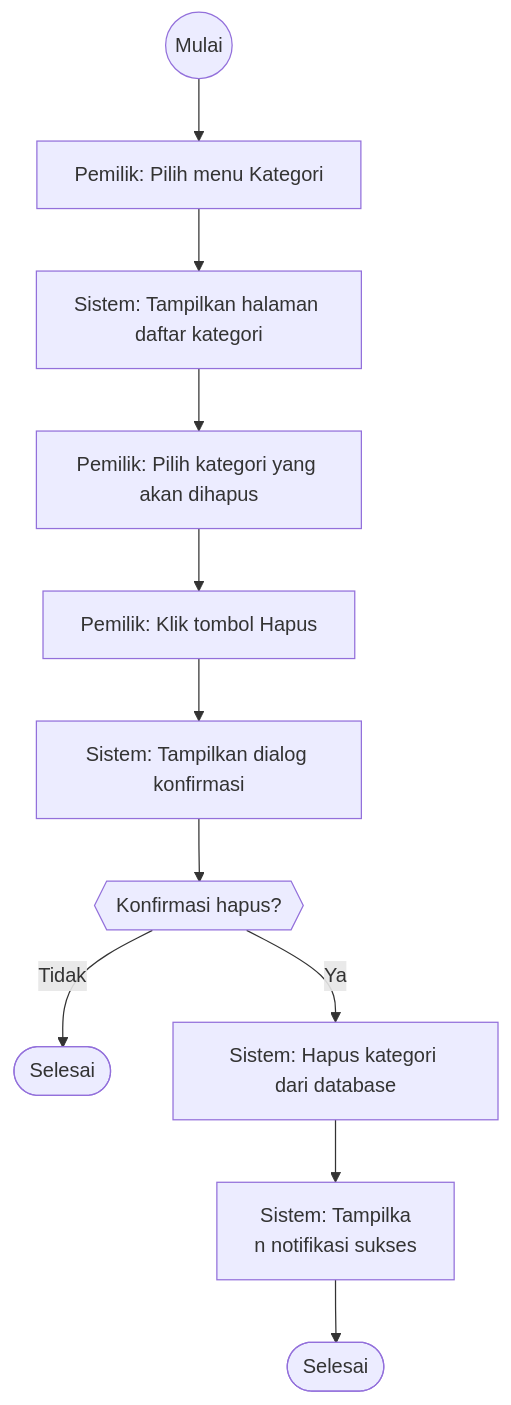
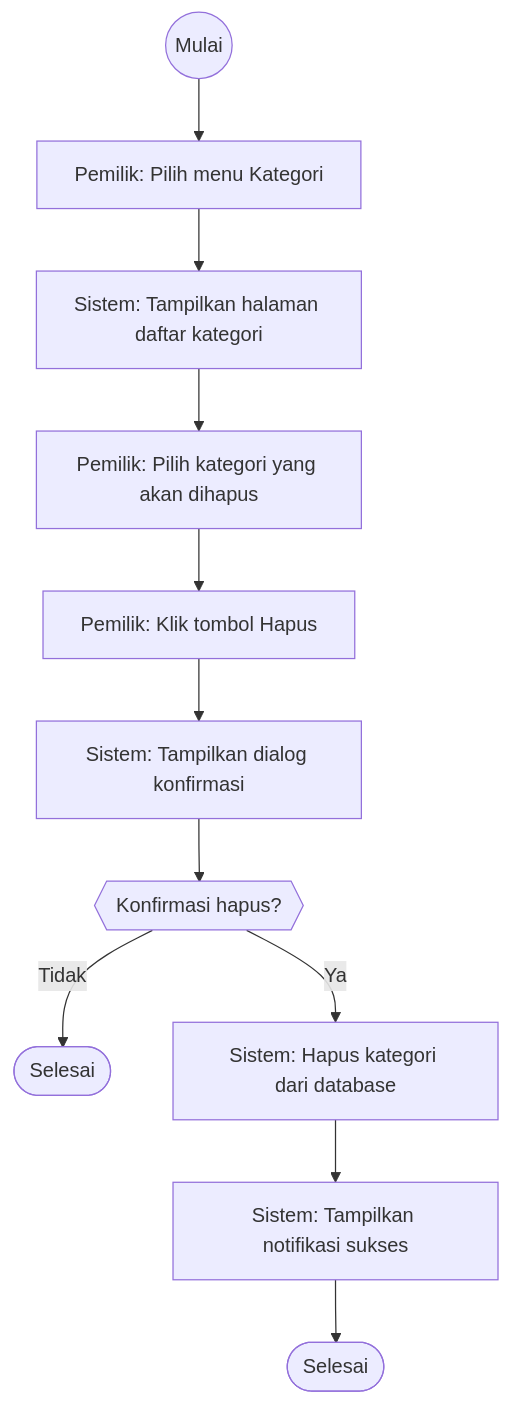
One commit to devWebs01/POS-DW changed diagram 27 of 40 in docs/4.2-perancangan-sistem.md. Above: the diagram before and after it, drawn with Mermaid. The commit also changed other lines of this file, not shown here.

First line of the commit message:
fix: repair 14 broken mermaid diagrams (split arrows & multiline labels)

````diff
--- a/docs/4.2-perancangan-sistem.md
+++ b/docs/4.2-perancangan-sistem.md
@@ -1781,21 +1771,20 @@
 ```mermaid
 flowchart TD
   start((Mulai))
   A_A["Pemilik: Pilih menu Kategori"]
   start --> A_A
   S_A["Sistem: Tampilkan halaman daftar kategori"]
   A_A --> S_A
   A_B["Pemilik: Pilih kategori yang akan dihapus"]
   S_A --> A_B
   A_C["Pemilik: Klik tombol Hapus"]
   A_B --> A_C
   S_B["Sistem: Tampilkan dialog konfirmasi"]
   A_C --> S_B
   D_A{{"Konfirmasi hapus?"}}
   S_B --> D_A
   D_A -->|Tidak| end_cancel([Selesai])
   D_A -->|Ya| S_C["Sistem: Hapus kategori dari database"]
-  S_C --> S_D["Sistem: Tampilka
-n notifikasi sukses"]
+  S_C --> S_D["Sistem: Tampilkan notifikasi sukses"]
   S_D --> end_success([Selesai])
 ```
````
